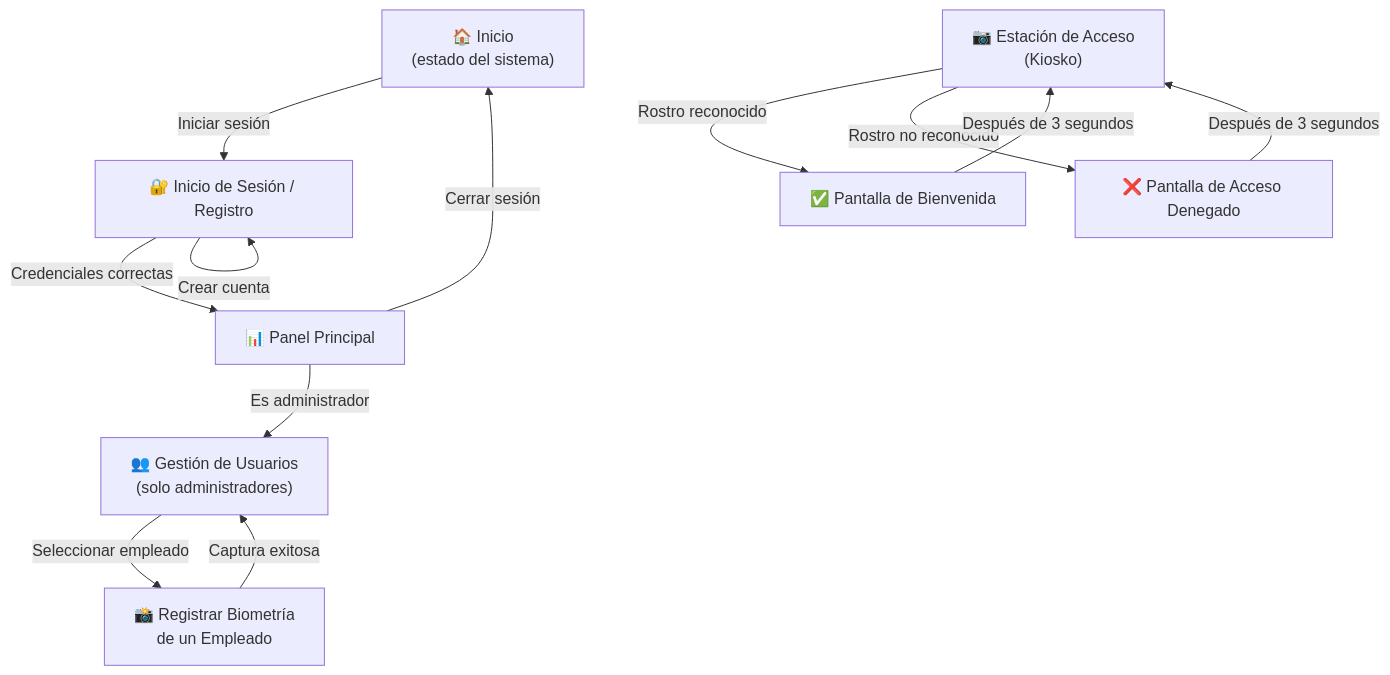
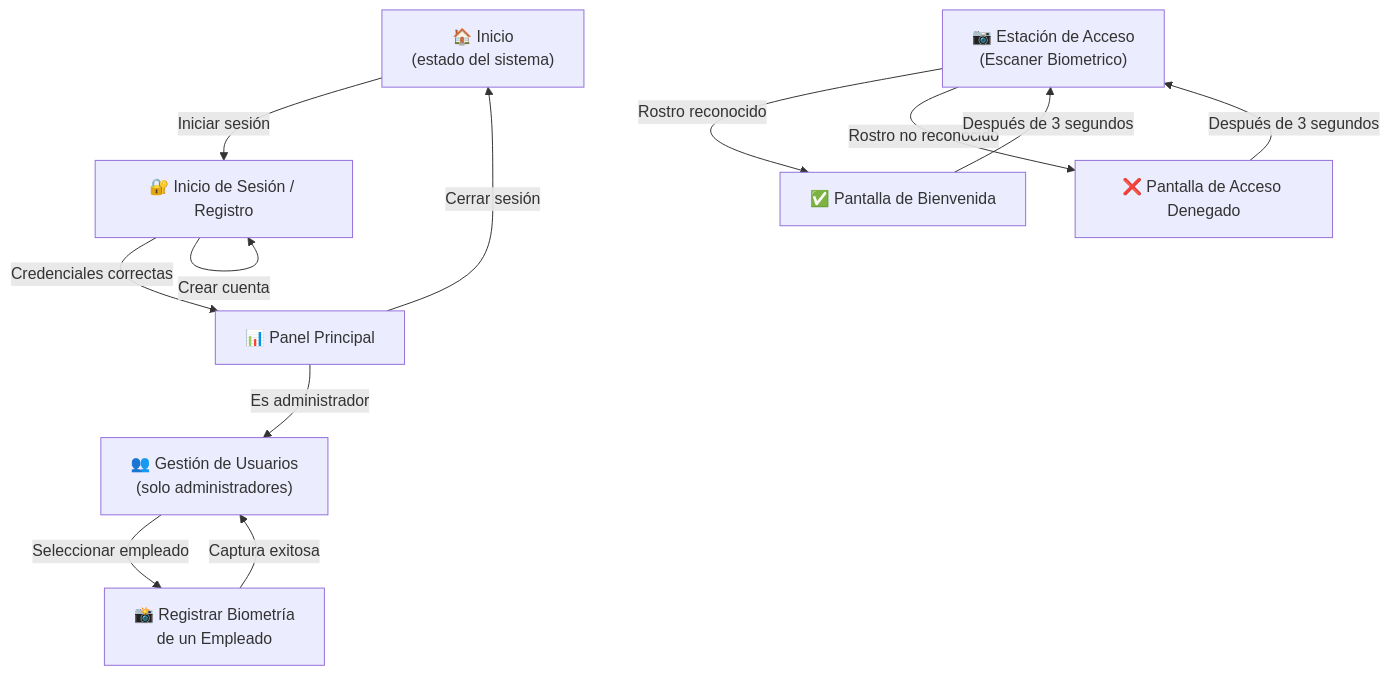
Before and after one commit to Indroic/access-control-system: the diagram in docs/presentacion/06-mapa-navegacion.md, drawn with Mermaid. The commit also changed other lines of this file and 11 other files, not shown here.

Commit message:
cambio de nombre de kiosko a Escaner Biometrico

````diff
--- a/docs/presentacion/06-mapa-navegacion.md
+++ b/docs/presentacion/06-mapa-navegacion.md
@@ -12,24 +12,24 @@
 ```mermaid
 graph TD
     INICIO["🏠 Inicio<br/>(estado del sistema)"]
     LOGIN["🔐 Inicio de Sesión / Registro"]
     PANEL["📊 Panel Principal"]
     ADMIN["👥 Gestión de Usuarios<br/>(solo administradores)"]
     BIO["📸 Registrar Biometría<br/>de un Empleado"]
-    KIOSK["📷 Estación de Acceso<br/>(Kiosko)"]
+    KIOSK["📷 Estación de Acceso<br/>(Escaner Biometrico)"]
     BIENVENIDA["✅ Pantalla de Bienvenida"]
     DENEGADO["❌ Pantalla de Acceso Denegado"]
 
     INICIO -->|"Iniciar sesión"| LOGIN
     LOGIN -->|"Credenciales correctas"| PANEL
     LOGIN -->|"Crear cuenta"| LOGIN
     PANEL -->|"Es administrador"| ADMIN
     ADMIN -->|"Seleccionar empleado"| BIO
     BIO -->|"Captura exitosa"| ADMIN
     PANEL -->|"Cerrar sesión"| INICIO
 
     KIOSK -->|"Rostro reconocido"| BIENVENIDA
     KIOSK -->|"Rostro no reconocido"| DENEGADO
     BIENVENIDA -->|"Después de 3 segundos"| KIOSK
     DENEGADO -->|"Después de 3 segundos"| KIOSK
 ```
````
